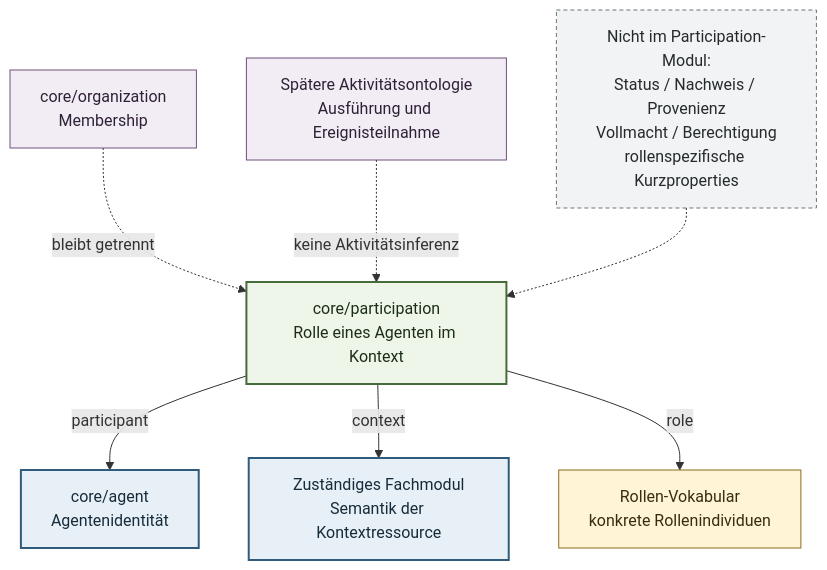
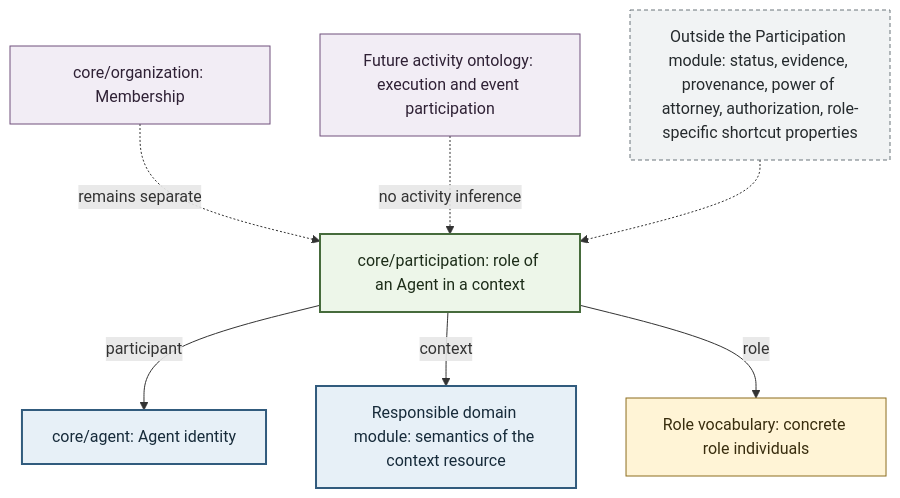
Before and after one commit to project-construct-x/constructx-ontologies: the sixth of 6 diagrams in modules/core/participation/docs/diagrams/participation-concept-model.md, drawn with Mermaid. The commit also changed other lines of this file and 230 other files, not shown here.

Commit message:
Translated core module documentations

````diff
--- a/modules/core/participation/docs/diagrams/participation-concept-model.md
+++ b/modules/core/participation/docs/diagrams/participation-concept-model.md
@@ -240,31 +237,31 @@
 ```mermaid
 flowchart TB
-    Agent["core/agent<br/>Agentenidentität"]
-    Participation["core/participation<br/>Rolle eines Agenten im Kontext"]
-    Membership["core/organization<br/>Membership"]
-    Activity["Spätere Aktivitätsontologie<br/>Ausführung und Ereignisteilnahme"]
-    ContextModule["Zuständiges Fachmodul<br/>Semantik der Kontextressource"]
-    RoleVocab["Rollen-Vokabular<br/>konkrete Rollenindividuen"]
+    Agent["core/agent: Agent identity"]
+    Participation["core/participation: role of an Agent in a context"]
+    Membership["core/organization: Membership"]
+    Activity["Future activity ontology: execution and event participation"]
+    ContextModule["Responsible domain module: semantics of the context resource"]
+    RoleVocab["Role vocabulary: concrete role individuals"]
 
     Participation -->|"participant"| Agent
     Participation -->|"context"| ContextModule
     Participation -->|"role"| RoleVocab
 
-    Membership -.->|"bleibt getrennt"| Participation
-    Activity -.->|"keine Aktivitätsinferenz"| Participation
+    Membership -.->|"remains separate"| Participation
+    Activity -.->|"no activity inference"| Participation
 
-    Excluded["Nicht im Participation-Modul:<br/>Status / Nachweis / Provenienz<br/>Vollmacht / Berechtigung<br/>rollenspezifische Kurzproperties"]
+    Excluded["Outside the Participation module: status, evidence, provenance, power of attorney, authorization, role-specific shortcut properties"]
     Excluded -.-> Participation
 
     classDef external fill:#e7f0f7,stroke:#315b7d,color:#172b3a,stroke-width:2px;
     classDef participation fill:#edf6e9,stroke:#466b3c,color:#1d2d19,stroke-width:2px;
     classDef separate fill:#f2edf5,stroke:#70517d,color:#2f2135;
     classDef vocab fill:#fff4d6,stroke:#8c6d1f,color:#392d0e;
     classDef excluded fill:#f1f3f4,stroke:#6b747a,color:#252a2d,stroke-dasharray:4 3;
 
     class Agent,ContextModule external;
     class Participation participation;
     class Membership,Activity separate;
     class RoleVocab vocab;
     class Excluded excluded;
 ```
````
